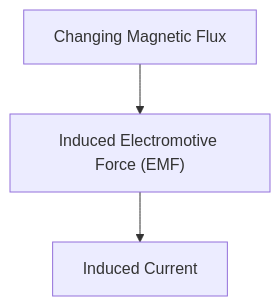
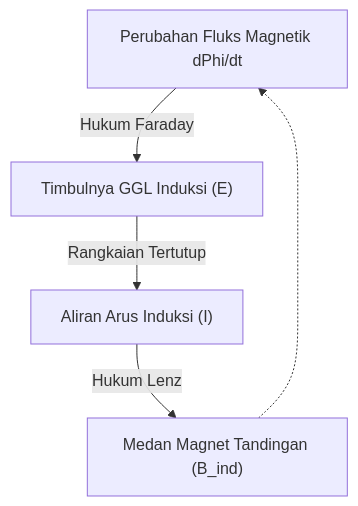
The diagram in content/post/physics-electromagnetic-induction/index.id.md (kenjinote/blog), drawn with Mermaid before and after one commit. The commit also changed other lines of this file and 219 other files, not shown here.

````diff
--- a/content/post/physics-electromagnetic-induction/index.id.md
+++ b/content/post/physics-electromagnetic-induction/index.id.md
@@ -17,5 +41,7 @@
 ```mermaid
 flowchart TD
-    A["Changing Magnetic Flux"] --> B["Induced Electromotive Force (EMF)"]
-    B --> C["Induced Current"]
+    A["Perubahan Fluks Magnetik dPhi/dt"] -->|Hukum Faraday| B["Timbulnya GGL Induksi (E)"]
+    B -->|Rangkaian Tertutup| C["Aliran Arus Induksi (I)"]
+    C -->|Hukum Lenz| D["Medan Magnet Tandingan (B_ind)"]
+    D -.-> A
 ```
````
